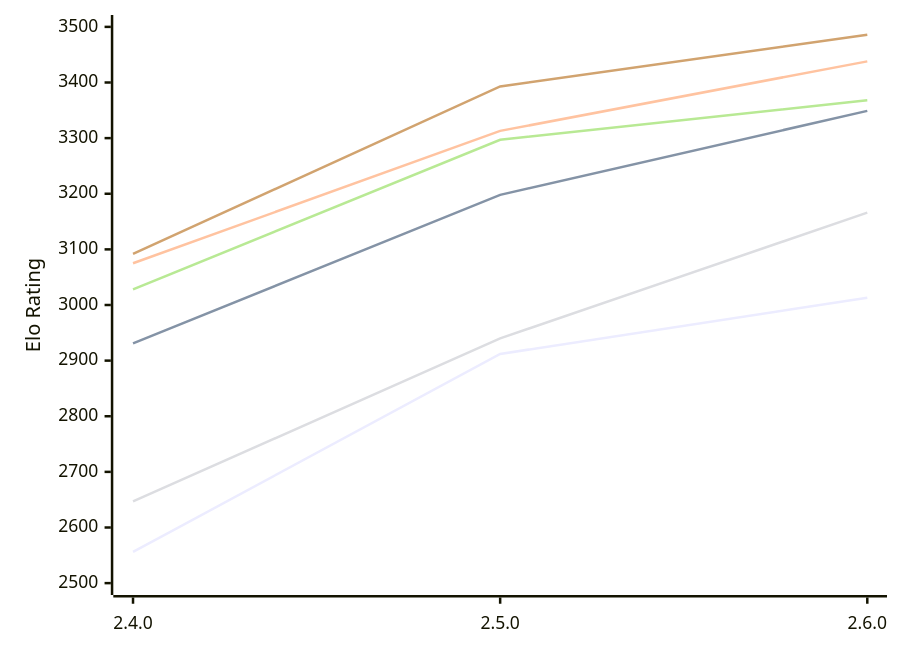
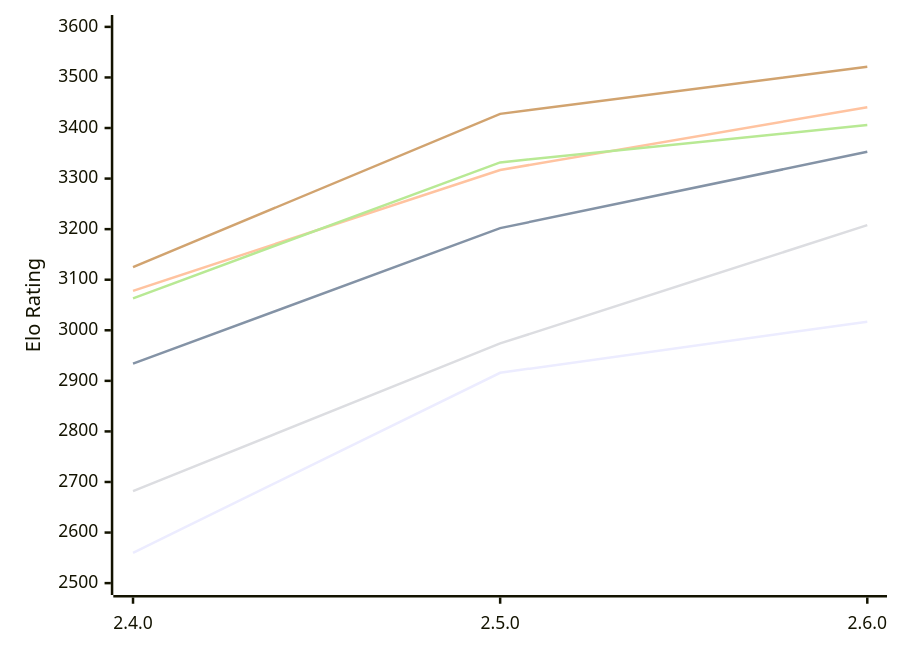
Before and after one commit to computer-chess-index/cci: the diagram in engines/Rarog.md, drawn with Mermaid. The commit also changed other lines of this file, not shown here.

Commit message:
Update CCI Ratings (ELO VLTC) - 2026-11-01

````diff
--- a/engines/Rarog.md
+++ b/engines/Rarog.md
@@ -51,12 +51,12 @@
 ```mermaid
 %%{init: {"theme":"base","themeVariables":{"seriesColors:['#a3a3a3','#222221','#faa371']}}}%%
 xychart-beta
   x-axis ["2.4.0", "2.5.0", "2.6.0"]
-  y-axis "Elo Rating" 2500 --> 3500
-  line "E1: STC (8.0+0.08s)" [2556, 2912, 3013]
-  line "E1: LTC (60.0+0.60s)" [2931, 3198, 3349]
-  line "E1: VLTC (2m24s+1.12s)" [3075, 3313, 3438]
-  line "P1: STC (8.0+0.08s)" [2647, 2940, 3166]
-  line "P1: LTC (60.0+0.60s)" [3028, 3297, 3368]
-  line "P1: VLTC (2m24s+1.12s)" [3092, 3393, 3486]
+  y-axis "Elo Rating" 2500 --> 3600
+  line "E1: STC (8.0+0.08s)" [2560, 2916, 3017]
+  line "E1: LTC (60.0+0.60s)" [2934, 3202, 3353]
+  line "E1: VLTC (2m24s+1.12s)" [3078, 3317, 3441]
+  line "P1: STC (8.0+0.08s)" [2682, 2974, 3208]
+  line "P1: LTC (60.0+0.60s)" [3063, 3332, 3406]
+  line "P1: VLTC (2m24s+1.12s)" [3125, 3428, 3521]
 ```
````
